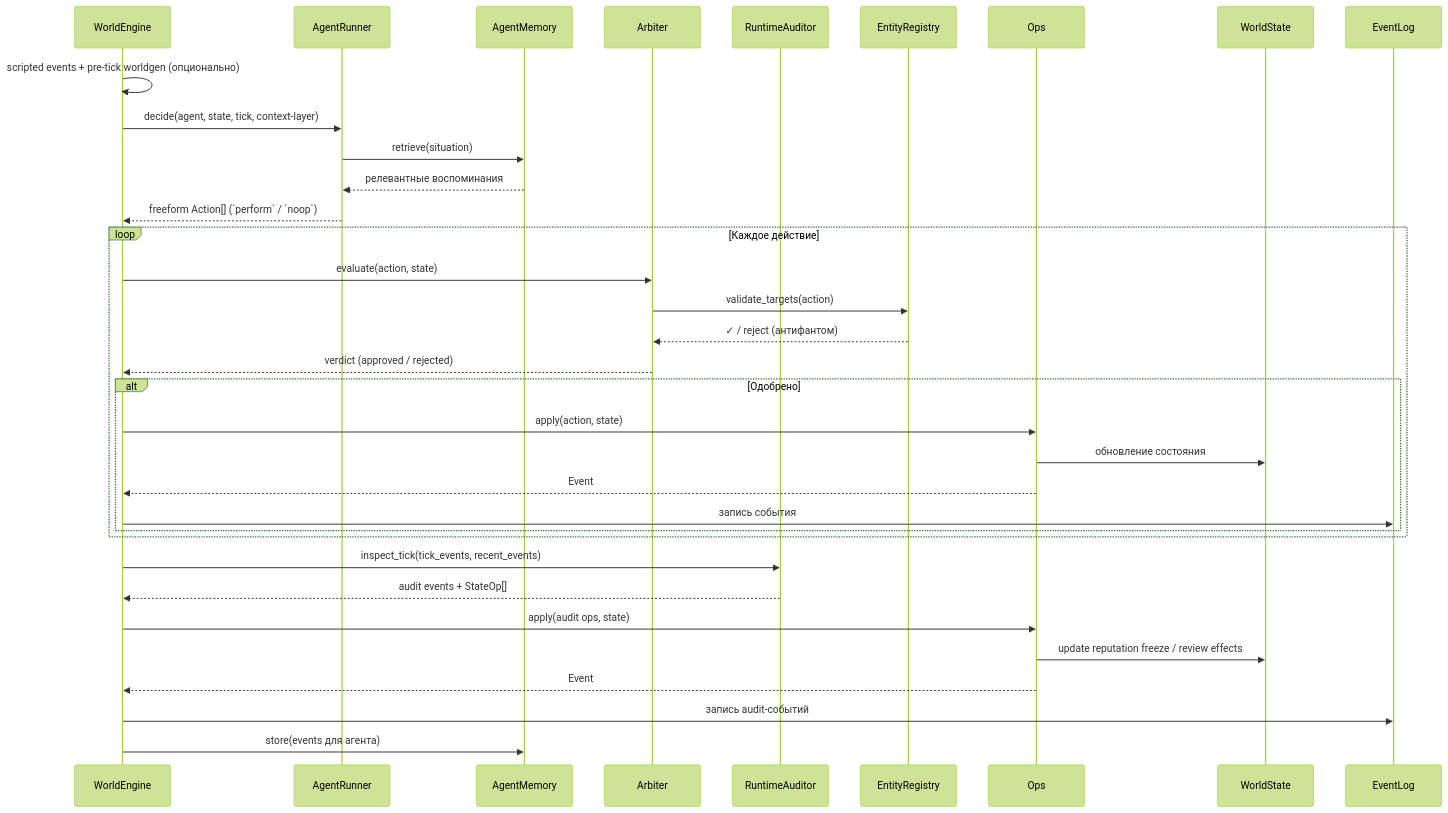
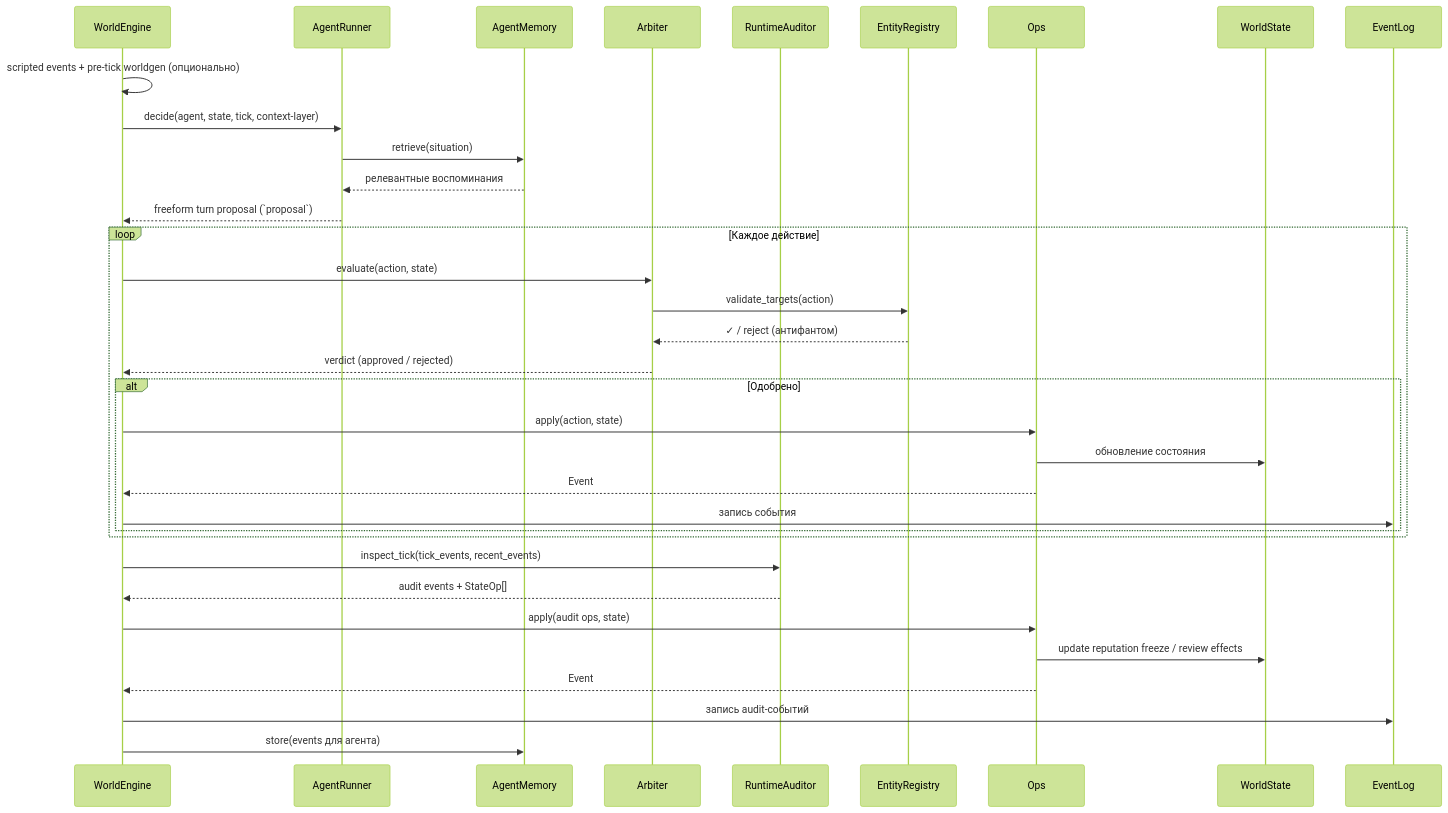
The second of 3 diagrams in docs/architecture_guide.md (gliseop/SPHERE), drawn with Mermaid (forest theme) before and after one commit. The commit also changed other lines of this file and 13 other files, not shown here.

````diff
--- a/docs/architecture_guide.md
+++ b/docs/architecture_guide.md
@@ -149,41 +149,41 @@
 ```mermaid
 sequenceDiagram
     participant E as WorldEngine
     participant A as AgentRunner
     participant M as AgentMemory
     participant Arb as Arbiter
     participant Aud as RuntimeAuditor
     participant Ent as EntityRegistry
     participant O as Ops
     participant S as WorldState
     participant EL as EventLog
 
     E->>E: scripted events + pre-tick worldgen (опционально)
     E->>A: decide(agent, state, tick, context-layer)
     A->>M: retrieve(situation)
     M-->>A: релевантные воспоминания
-    A-->>E: freeform Action[] (`perform` / `noop`)
+    A-->>E: freeform turn proposal (`proposal`)
 
     loop Каждое действие
         E->>Arb: evaluate(action, state)
         Arb->>Ent: validate_targets(action)
         Ent-->>Arb: ✓ / reject (антифантом)
         Arb-->>E: verdict (approved / rejected)
 
         alt Одобрено
             E->>O: apply(action, state)
             O->>S: обновление состояния
             O-->>E: Event
             E->>EL: запись события
         end
     end
 
     E->>Aud: inspect_tick(tick_events, recent_events)
     Aud-->>E: audit events + StateOp[]
     E->>O: apply(audit ops, state)
     O->>S: update reputation freeze / review effects
     O-->>E: Event
     E->>EL: запись audit-событий
 
     E->>M: store(events для агента)
 ```
````
